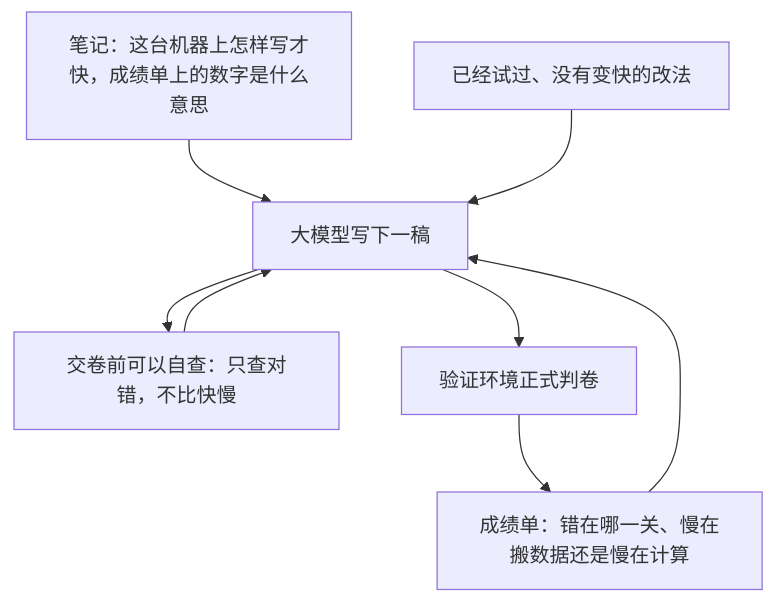
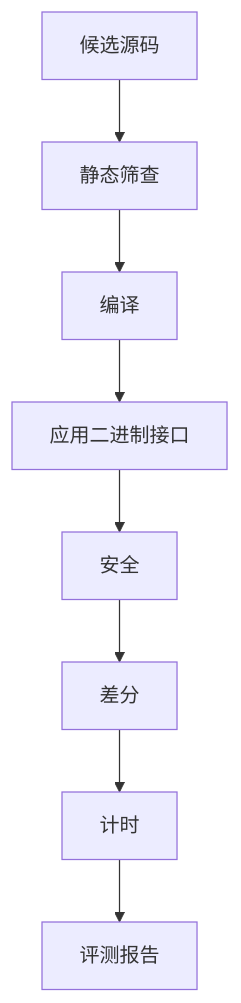
One commit to kuafuwang/ShapeForge changed the third of 4 diagrams in docs/架构说明.md. Above: the diagram before and after it, drawn with Mermaid. The commit also changed other lines of this file and 13 other files, not shown here.

````diff
--- a/docs/架构说明.md
+++ b/docs/架构说明.md
@@ -431,10 +283,10 @@
 ```mermaid
 flowchart TD
-  notes["笔记：这台机器上怎样写才快，成绩单上的数字是什么意思"] --> model["大模型写下一稿"]
-  card["成绩单：错在哪一关、慢在搬数据还是慢在计算"] --> model
-  tried["已经试过、没有变快的改法"] --> model
-  model --> peek["交卷前可以自查：只查对错，不比快慢"]
-  peek --> model
-  model --> judge["验证环境正式判卷"]
-  judge --> card
+  src["候选源码"] --> screen["静态筛查"]
+  screen --> compile["编译"]
+  compile --> abi["应用二进制接口"]
+  abi --> safe["安全"]
+  safe --> diff["差分"]
+  diff --> bench["计时"]
+  bench --> card["评测报告"]
 ```
````
